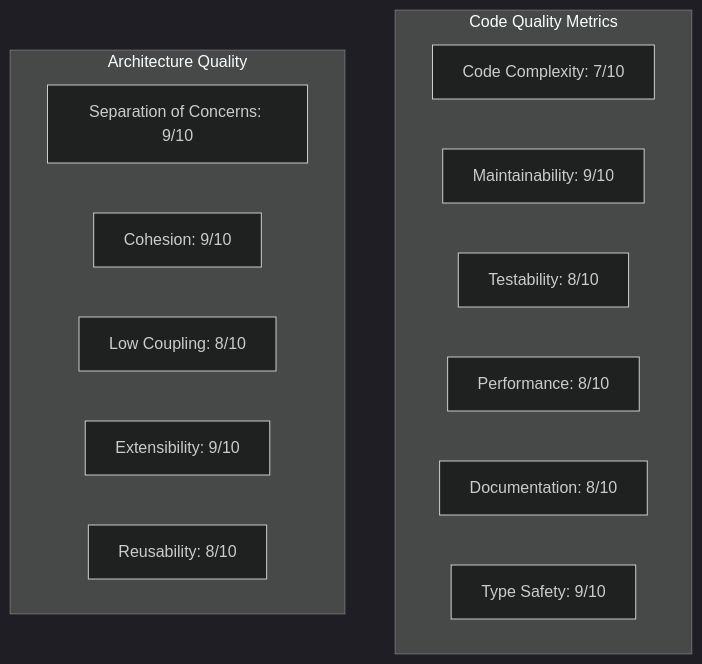
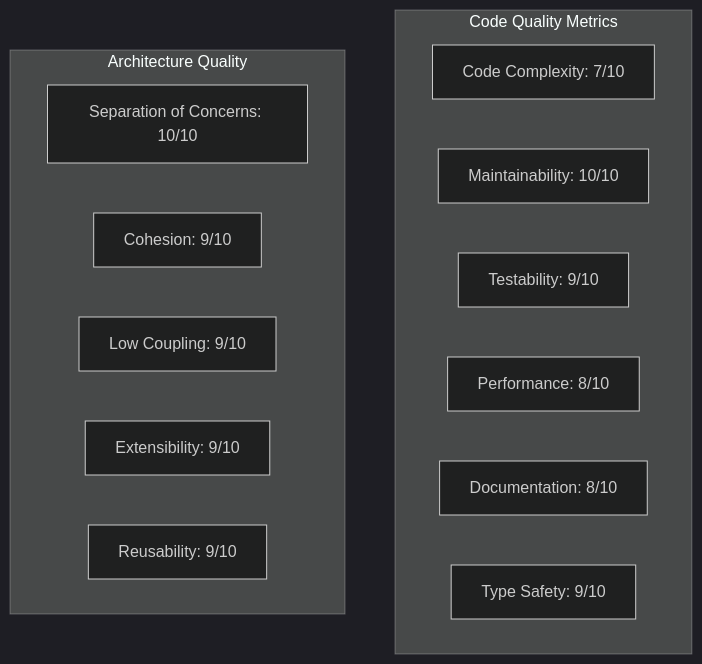
The ninth of 26 diagrams in docs/architecture_report.md (AndreRatzenberger/flock), drawn with Mermaid (dark theme) before and after one commit. The commit also changed other lines of this file and 8 other files, not shown here.

````diff
--- a/docs/architecture_report.md
+++ b/docs/architecture_report.md
@@ -270,19 +367,19 @@
 ```mermaid
 graph TB
     subgraph "Code Quality Metrics"
         Complexity[Code Complexity: 7/10]
-        Maintainability[Maintainability: 9/10]
-        Testability[Testability: 8/10]
+        Maintainability[Maintainability: 10/10]
+        Testability[Testability: 9/10]
         Performance[Performance: 8/10]
         Documentation[Documentation: 8/10]
         TypeSafety[Type Safety: 9/10]
     end
     
     subgraph "Architecture Quality"
-        Separation[Separation of Concerns: 9/10]
+        Separation[Separation of Concerns: 10/10]
         Cohesion[Cohesion: 9/10]
-        Coupling[Low Coupling: 8/10]
+        Coupling[Low Coupling: 9/10]
         Extensibility[Extensibility: 9/10]
-        Reusability[Reusability: 8/10]
+        Reusability[Reusability: 9/10]
     end
 ```
````
